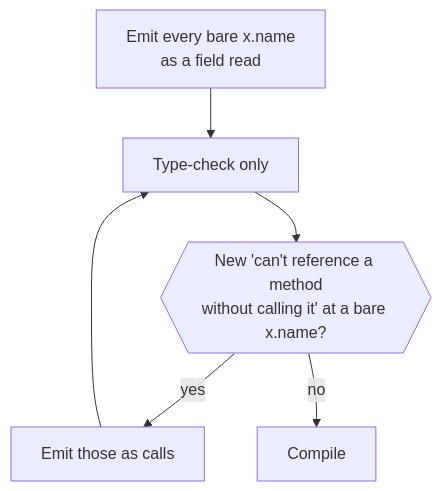
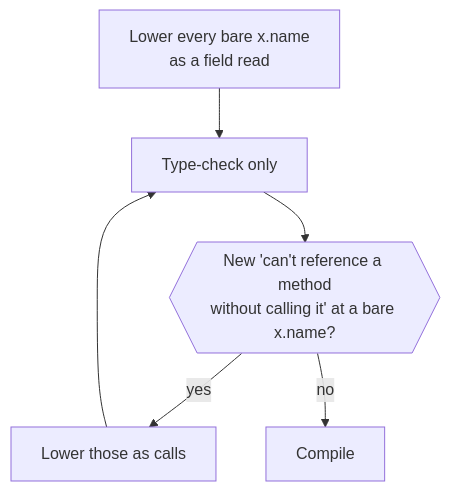
One commit to nogginly/sparkle changed the second of 2 diagrams in docs/step1-spec.md. Above: the diagram before and after it, drawn with Mermaid. The commit also changed other lines of this file and 7 other files, not shown here.

````diff
--- a/docs/step1-spec.md
+++ b/docs/step1-spec.md
@@ -147,8 +145,8 @@
 ```mermaid
 flowchart TD
-    E["Emit every bare x.name<br/>as a field read"] --> C["Type-check only"]
+    E["Lower every bare x.name<br/>as a field read"] --> C["Type-check only"]
     C --> Q{{"New 'can't reference a method<br/>without calling it' at a bare x.name?"}}
-    Q -- yes --> M["Emit those as calls"]
+    Q -- yes --> M["Lower those as calls"]
     M --> C
     Q -- no --> B["Compile"]
 ```
````
